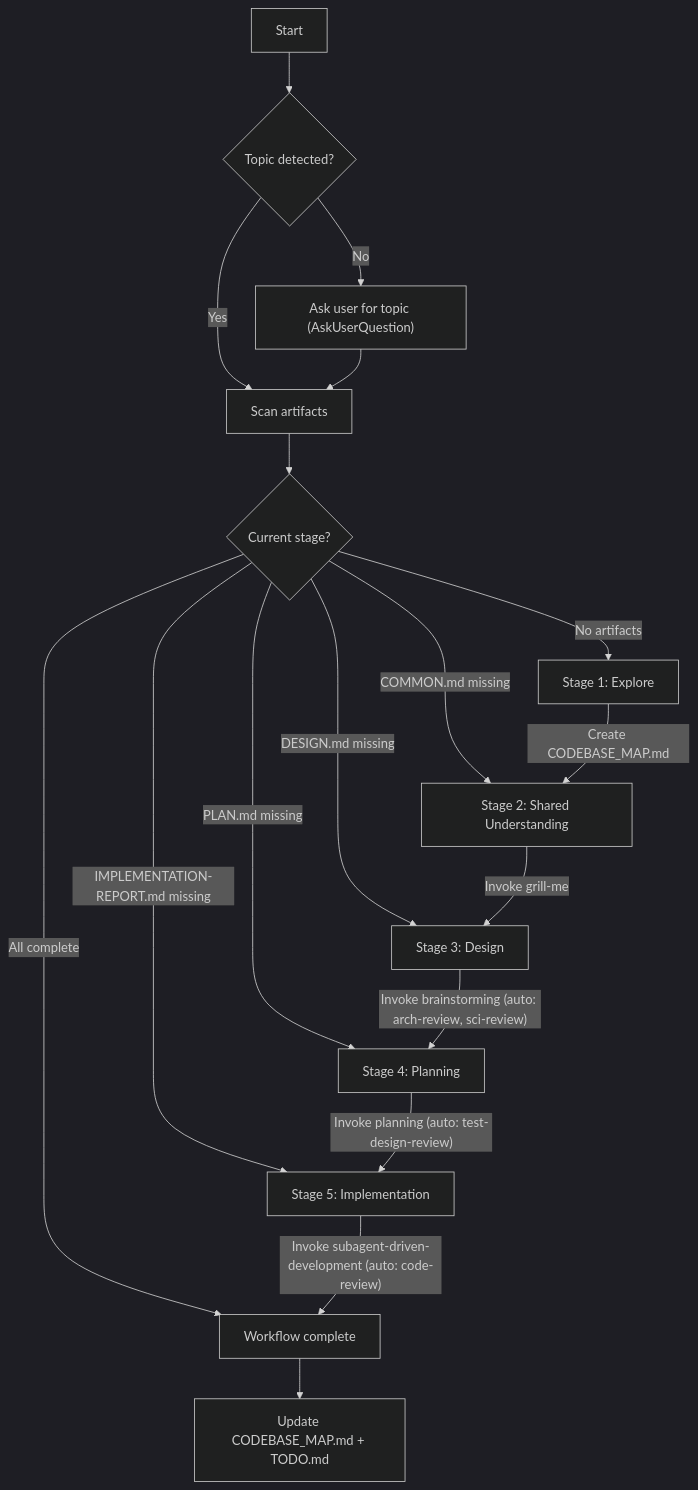
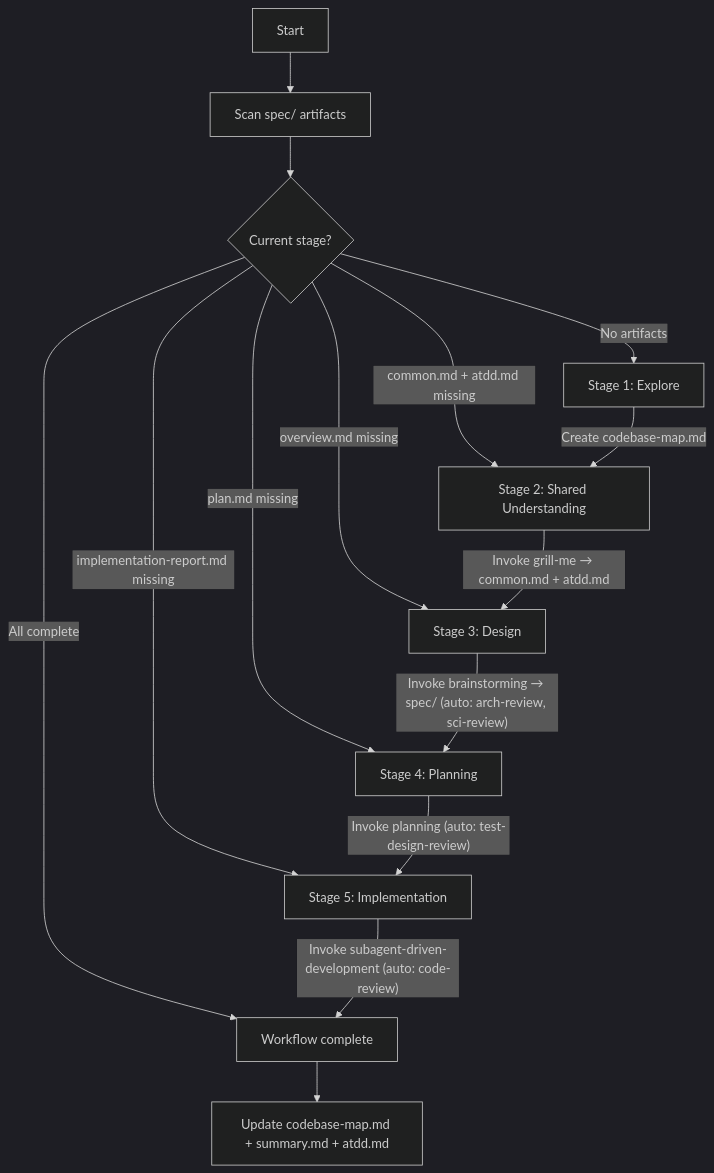
One commit to KiSae-Lee/agentic-workflow changed the first of 2 diagrams in .claude/skills/control-tower/SKILL.md. Above: the diagram before and after it, drawn with Mermaid (dark theme). The commit also changed other lines of this file and 15 other files, not shown here.

First line of the commit message:
refactor(skills): adopt spec-to-code workflow with ATDD, phase tracking, and kebab-case conventions

````diff
--- a/.claude/skills/control-tower/SKILL.md
+++ b/.claude/skills/control-tower/SKILL.md
@@ -84,24 +82,21 @@
 ```mermaid
 flowchart TD
-    A[Start] --> B{Topic detected?}
-    B -- No --> C["Ask user for topic (AskUserQuestion)"]
-    B -- Yes --> D[Scan artifacts]
-    C --> D
+    A[Start] --> D[Scan spec/ artifacts]
 
     D --> E{Current stage?}
 
     E -->|No artifacts| F["Stage 1: Explore"]
-    E -->|COMMON.md missing| G["Stage 2: Shared Understanding"]
-    E -->|DESIGN.md missing| H["Stage 3: Design"]
-    E -->|PLAN.md missing| I["Stage 4: Planning"]
-    E -->|IMPLEMENTATION-REPORT.md missing| J["Stage 5: Implementation"]
+    E -->|common.md + atdd.md missing| G["Stage 2: Shared Understanding"]
+    E -->|overview.md missing| H["Stage 3: Design"]
+    E -->|plan.md missing| I["Stage 4: Planning"]
+    E -->|implementation-report.md missing| J["Stage 5: Implementation"]
     E -->|All complete| K[Workflow complete]
 
-    F -->|"Create CODEBASE_MAP.md"| G
-    G -->|"Invoke grill-me"| H
-    H -->|"Invoke brainstorming (auto: arch-review, sci-review)"| I
+    F -->|"Create codebase-map.md"| G
+    G -->|"Invoke grill-me → common.md + atdd.md"| H
+    H -->|"Invoke brainstorming → spec/ (auto: arch-review, sci-review)"| I
     I -->|"Invoke planning (auto: test-design-review)"| J
     J -->|"Invoke subagent-driven-development (auto: code-review)"| K
 
-    K --> L["Update CODEBASE_MAP.md + TODO.md"]
+    K --> L["Update codebase-map.md + summary.md + atdd.md"]
 ```
````
